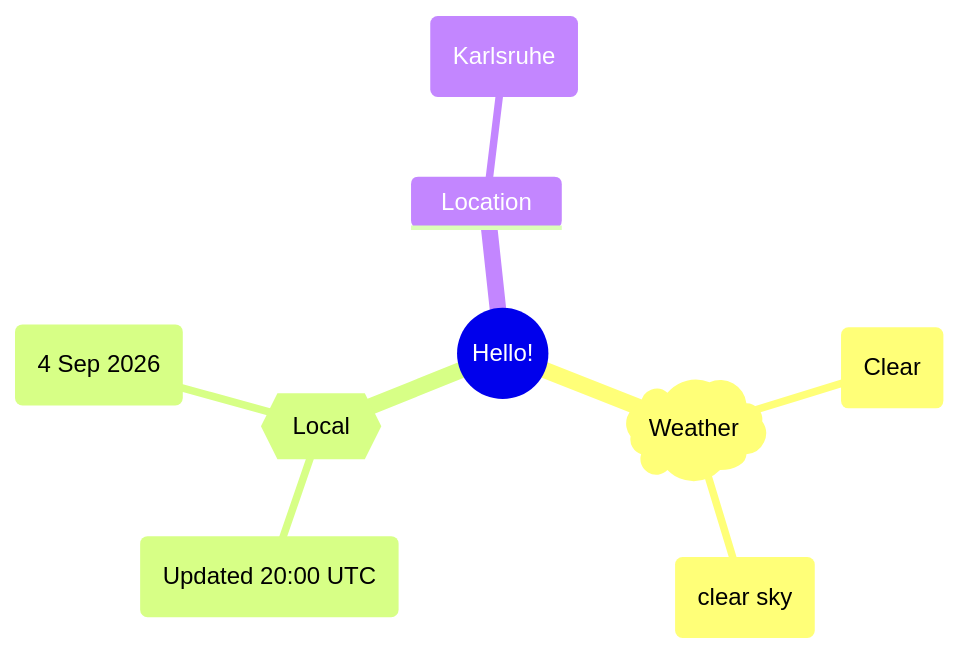
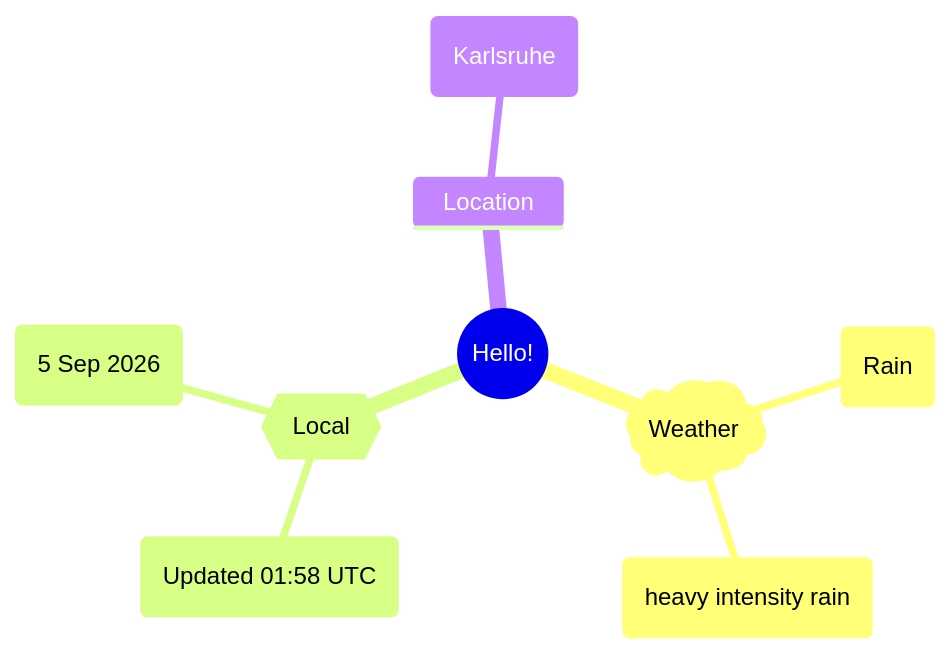
Before and after one commit to Xosrov/Xosrov: the first of 2 diagrams in README.md, drawn with Mermaid.

Commit message:
[bot] updated images

````diff
--- a/README.md
+++ b/README.md
@@ -3,12 +3,12 @@
 ```mermaid
 mindmap
   root((Hello!))
     )Weather(
-        (Clear)
-        (clear sky)
+        (Rain)
+        (heavy intensity rain)
     {{Local}}
-        (Updated 20:00 UTC)
-        (4 Sep 2026)
+        (Updated 01:58 UTC)
+        (5 Sep 2026)
     Location
         (Karlsruhe)
 ```
````
